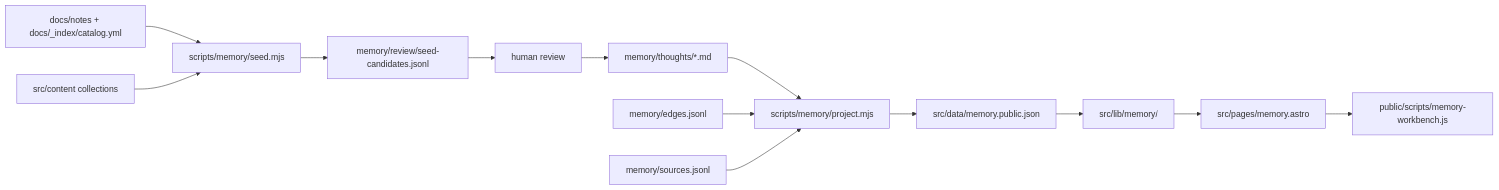
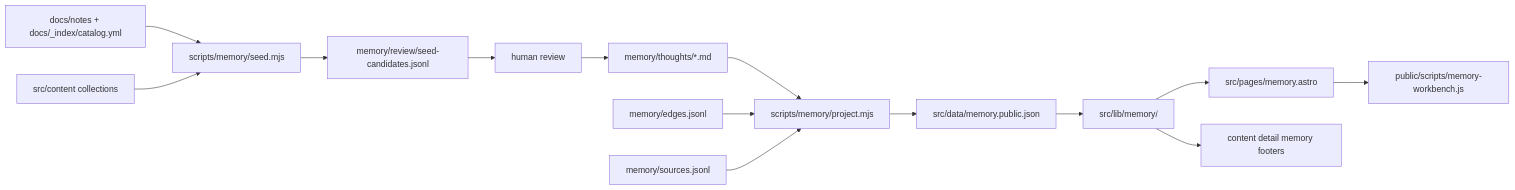
The diagram in docs/implementation/memory-second-brain.md (beyondwin/Blog), drawn with Mermaid before and after one commit. The commit also changed other lines of this file and 1 other file, not shown here.

Commit message:
docs: document content memory links

````diff
--- a/docs/implementation/memory-second-brain.md
+++ b/docs/implementation/memory-second-brain.md
@@ -23,15 +23,16 @@
 ```mermaid
 flowchart LR
   Docs["docs/notes + docs/_index/catalog.yml"] --> Seed["scripts/memory/seed.mjs"]
   Content["src/content collections"] --> Seed
   Seed --> Candidates["memory/review/seed-candidates.jsonl"]
   Candidates --> Review["human review"]
   Review --> Thoughts["memory/thoughts/*.md"]
   Thoughts --> Project["scripts/memory/project.mjs"]
   Edges["memory/edges.jsonl"] --> Project
   Sources["memory/sources.jsonl"] --> Project
   Project --> PublicJson["src/data/memory.public.json"]
   PublicJson --> Modules["src/lib/memory/"]
   Modules --> Page["src/pages/memory.astro"]
+  Modules --> Footers["content detail memory footers"]
   Page --> Workbench["public/scripts/memory-workbench.js"]
 ```
````
